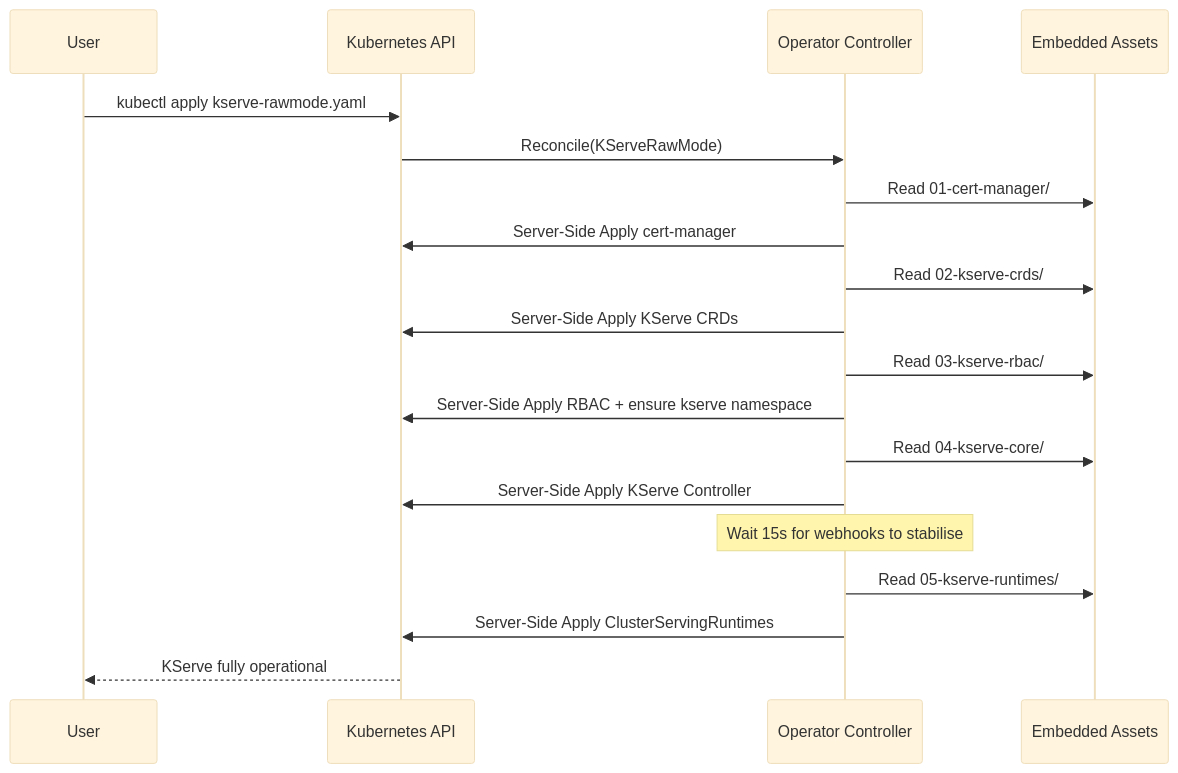
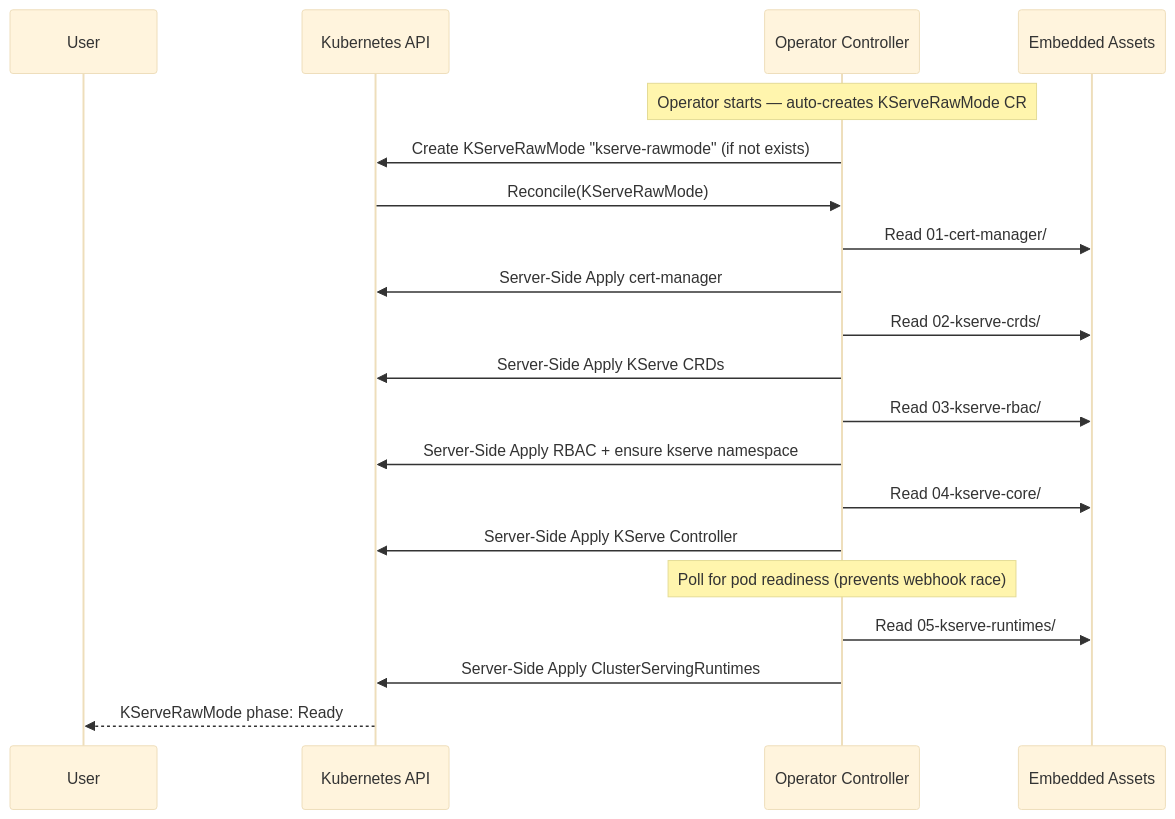
Before and after one commit to skyakash/kserve-op: the second of 2 diagrams in architecture-diagram.md, drawn with Mermaid (base theme). The commit also changed other lines of this file, not shown here.

First line of the commit message:
docs: sync architecture diagram with current implementation

````diff
--- a/architecture-diagram.md
+++ b/architecture-diagram.md
@@ -63,22 +78,23 @@
 ```mermaid
 sequenceDiagram
     participant User
     participant K8s as Kubernetes API
     participant Ctrl as Operator Controller
     participant Assets as Embedded Assets
 
-    User->>K8s: kubectl apply kserve-rawmode.yaml
+    Note over Ctrl: Operator starts — auto-creates KServeRawMode CR
+    Ctrl->>K8s: Create KServeRawMode "kserve-rawmode" (if not exists)
     K8s->>Ctrl: Reconcile(KServeRawMode)
     Ctrl->>Assets: Read 01-cert-manager/
     Ctrl->>K8s: Server-Side Apply cert-manager
     Ctrl->>Assets: Read 02-kserve-crds/
     Ctrl->>K8s: Server-Side Apply KServe CRDs
     Ctrl->>Assets: Read 03-kserve-rbac/
     Ctrl->>K8s: Server-Side Apply RBAC + ensure kserve namespace
     Ctrl->>Assets: Read 04-kserve-core/
     Ctrl->>K8s: Server-Side Apply KServe Controller
-    Note over Ctrl: Wait 15s for webhooks to stabilise
+    Note over Ctrl: Poll for pod readiness (prevents webhook race)
     Ctrl->>Assets: Read 05-kserve-runtimes/
     Ctrl->>K8s: Server-Side Apply ClusterServingRuntimes
-    K8s-->>User: KServe fully operational
+    K8s-->>User: KServeRawMode phase: Ready
 ```
````
